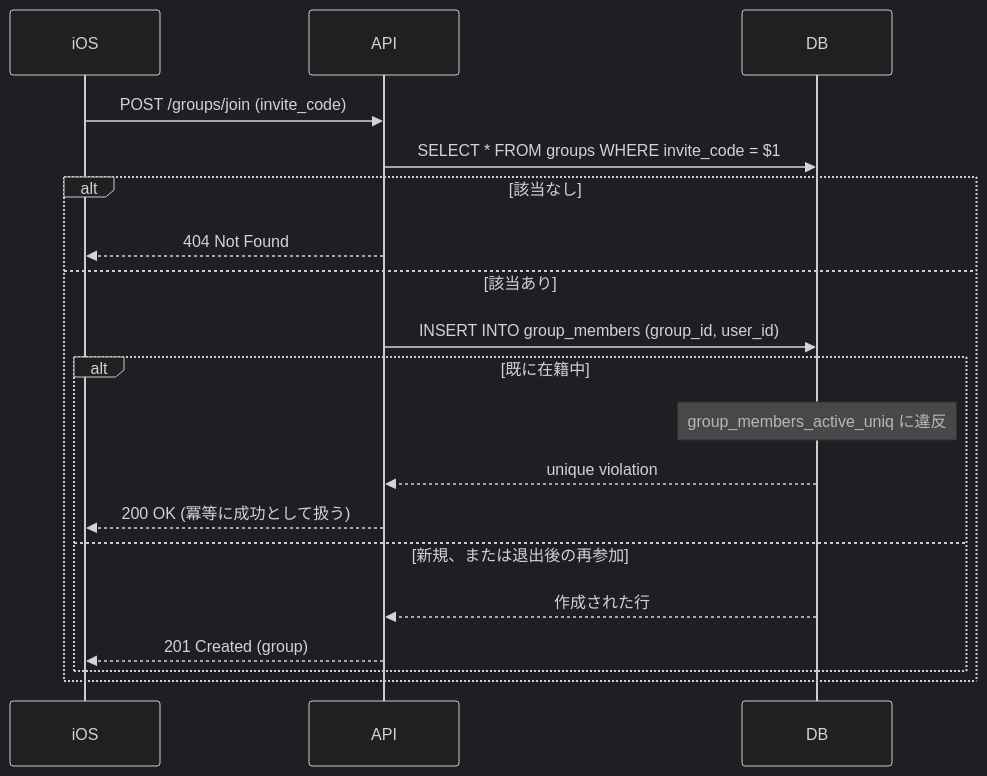
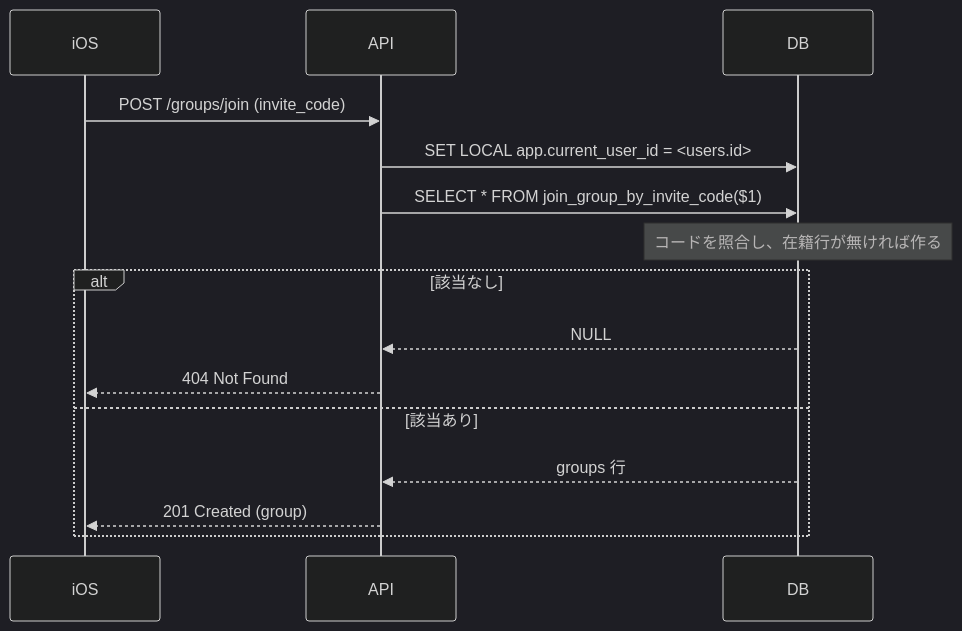
Before and after one commit to sawakishuto/himasoku-go: the second of 5 diagrams in docs/usecases/groups.md, drawn with Mermaid (dark theme). The commit also changed other lines of this file and 3 other files, not shown here.

````diff
--- a/docs/usecases/groups.md
+++ b/docs/usecases/groups.md
@@ -70,23 +70,20 @@
 ```mermaid
 sequenceDiagram
     participant iOS
     participant API
     participant DB
 
     iOS->>API: POST /groups/join (invite_code)
-    API->>DB: SELECT * FROM groups WHERE invite_code = $1
+    API->>DB: SET LOCAL app.current_user_id = <users.id>
+    API->>DB: SELECT * FROM join_group_by_invite_code($1)
+
+    Note over DB: コードを照合し、在籍行が無ければ作る
 
     alt 該当なし
+        DB-->>API: NULL
         API-->>iOS: 404 Not Found
     else 該当あり
-        API->>DB: INSERT INTO group_members (group_id, user_id)
-        alt 既に在籍中
-            Note over DB: group_members_active_uniq に違反
-            DB-->>API: unique violation
-            API-->>iOS: 200 OK (冪等に成功として扱う)
-        else 新規、または退出後の再参加
-            DB-->>API: 作成された行
-            API-->>iOS: 201 Created (group)
-        end
+        DB-->>API: groups 行
+        API-->>iOS: 201 Created (group)
     end
 ```
````
